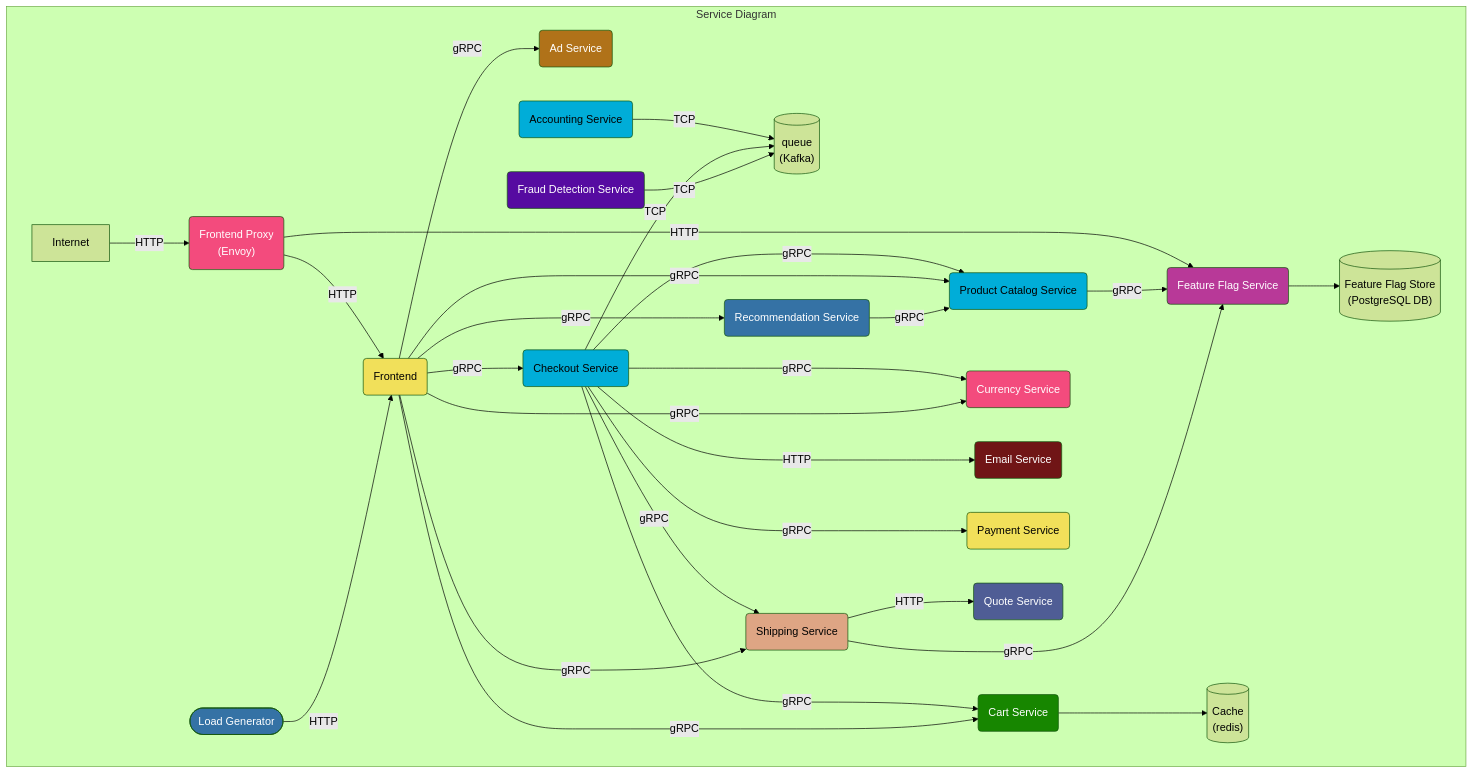
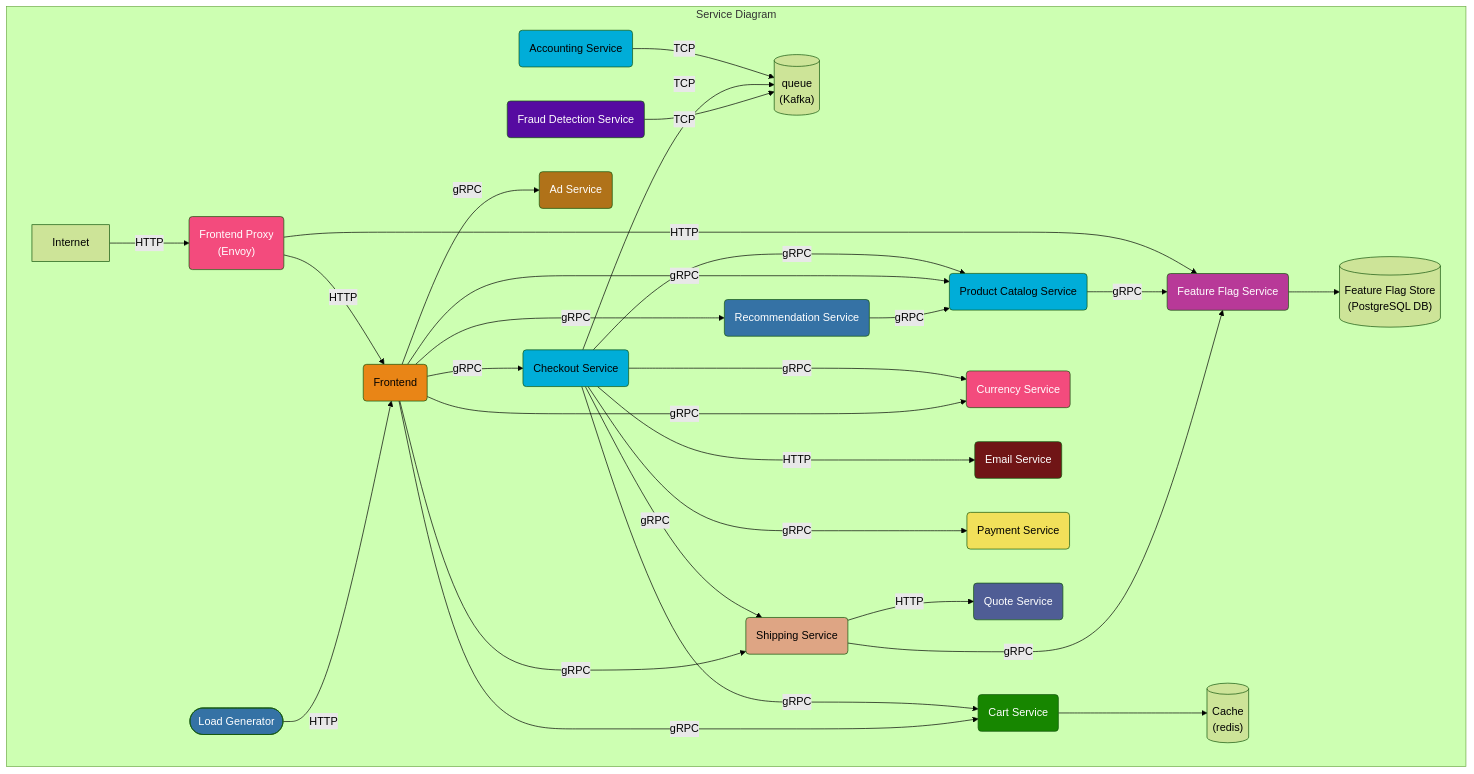
One commit to mohamed3637/opentelemetry-demo changed the first of 3 diagrams in docs/current_architecture.md. Above: the diagram before and after it, drawn with Mermaid (forest theme). The commit also changed other lines of this file, not shown here.

Commit message:
use typescript for frontend (#625)

````diff
--- a/docs/current_architecture.md
+++ b/docs/current_architecture.md
@@ -7,68 +7,69 @@
 ```mermaid
 graph TD
 subgraph Service Diagram
+accountingservice(Accounting Service):::golang
 adservice(Ad Service):::java
-accountingservice(Accounting Service):::golang
 cache[(Cache<br/>&#40redis&#41)]
 cartservice(Cart Service):::dotnet
 checkoutservice(Checkout Service):::golang
 currencyservice(Currency Service):::cpp
 emailservice(Email Service):::ruby
 frauddetectionservice(Fraud Detection Service):::kotlin
-frontend(Frontend):::javascript
+frontend(Frontend):::typescript
 frontendproxy(Frontend Proxy <br/>&#40Envoy&#41):::cpp
 loadgenerator([Load Generator]):::python
 paymentservice(Payment Service):::javascript
 productcatalogservice(Product Catalog Service):::golang
 quoteservice(Quote Service):::php
 recommendationservice(Recommendation Service):::python
 shippingservice(Shipping Service):::rust
 featureflagservice(Feature Flag Service):::erlang
 featureflagstore[(Feature Flag Store<br/>&#40PostgreSQL DB&#41)]
 queue[(queue<br/>&#40Kafka&#41)]
 
 Internet -->|HTTP| frontendproxy
 frontendproxy -->|HTTP| frontend
 frontendproxy -->|HTTP| featureflagservice
 loadgenerator -->|HTTP| frontend
 
 accountingservice -->|TCP| queue
 
 checkoutservice --->|gRPC| cartservice --> cache
 checkoutservice --->|gRPC| productcatalogservice
 checkoutservice --->|gRPC| currencyservice
 checkoutservice --->|HTTP| emailservice
 checkoutservice --->|gRPC| paymentservice
 checkoutservice -->|gRPC| shippingservice
 checkoutservice -->|TCP| queue
 
 frontend -->|gRPC| adservice
 frontend -->|gRPC| cartservice
 frontend -->|gRPC| productcatalogservice
 frontend -->|gRPC| checkoutservice
 frontend -->|gRPC| currencyservice
 frontend -->|gRPC| recommendationservice -->|gRPC| productcatalogservice
 frontend -->|gRPC| shippingservice -->|HTTP| quoteservice
 
 frauddetectionservice -->|TCP| queue
 
 productcatalogservice -->|gRPC| featureflagservice
 
 shippingservice -->|gRPC| featureflagservice
 
 featureflagservice --> featureflagstore
 
 end
 
+classDef dotnet fill:#178600,color:white;
+classDef cpp fill:#f34b7d,color:white;
+classDef erlang fill:#b83998,color:white;
+classDef golang fill:#00add8,color:black;
 classDef java fill:#b07219,color:white;
+classDef javascript fill:#f1e05a,color:black;
 classDef kotlin fill:#560ba1,color:white;
-classDef dotnet fill:#178600,color:white;
-classDef golang fill:#00add8,color:black;
-classDef cpp fill:#f34b7d,color:white;
+classDef php fill:#4f5d95,color:white;
+classDef python fill:#3572A5,color:white;
 classDef ruby fill:#701516,color:white;
-classDef python fill:#3572A5,color:white;
-classDef javascript fill:#f1e05a,color:black;
 classDef rust fill:#dea584,color:black;
-classDef erlang fill:#b83998,color:white;
-classDef php fill:#4f5d95,color:white;
+classDef typescript fill:#e98516,color:black;
 ```
````
